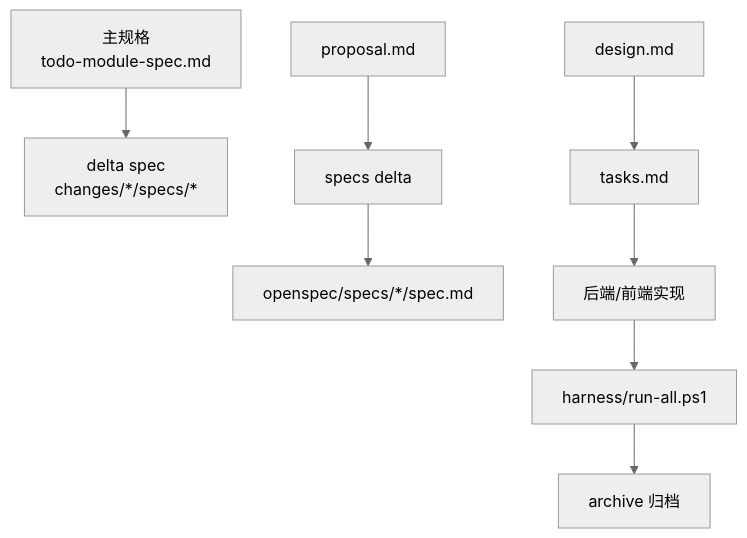
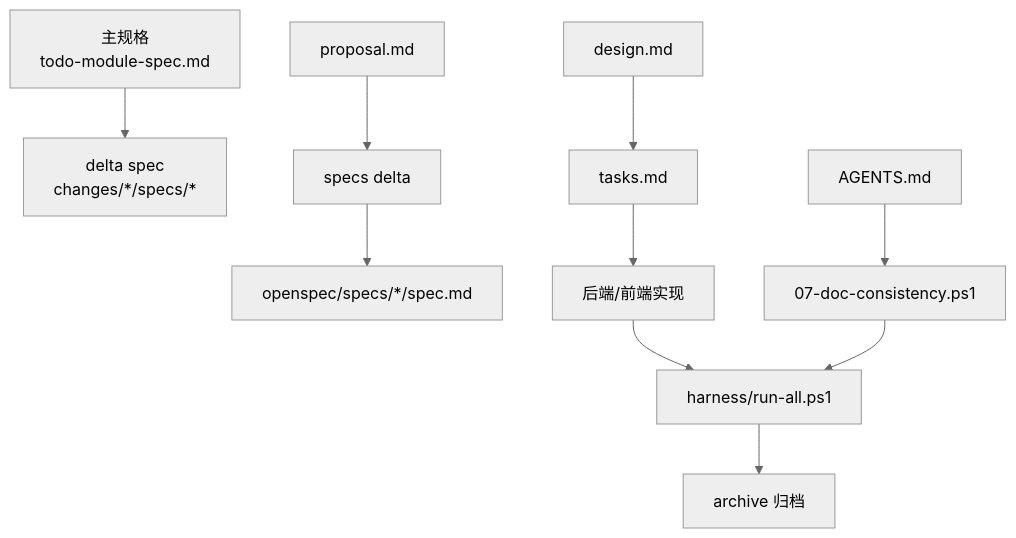
Before and after one commit to luyitiger6/my-first-project: the ninth of 9 diagrams in .qoder/repowiki/zh/content/规格驱动开发/规格驱动开发.md, drawn with Mermaid (neutral theme). The commit also changed other lines of this file and 35 other files, not shown here.

````diff
--- a/.qoder/repowiki/zh/content/规格驱动开发/规格驱动开发.md
+++ b/.qoder/repowiki/zh/content/规格驱动开发/规格驱动开发.md
@@ -354,10 +415,12 @@
 ```mermaid
 graph TD
 Spec["主规格<br/>todo-module-spec.md"] --> Delta["delta spec<br/>changes/*/specs/*"]
 Proposal["proposal.md"] --> SpecsDelta["specs delta"]
 Design["design.md"] --> Tasks["tasks.md"]
 SpecsDelta --> MainSpec["openspec/specs/*/spec.md"]
 Tasks --> Implementation["后端/前端实现"]
 Implementation --> Harness["harness/run-all.ps1"]
 Harness --> Archive["archive 归档"]
+Docs["AGENTS.md"] --> DocConsistency["07-doc-consistency.ps1"]
+DocConsistency --> Harness
 ```
````
